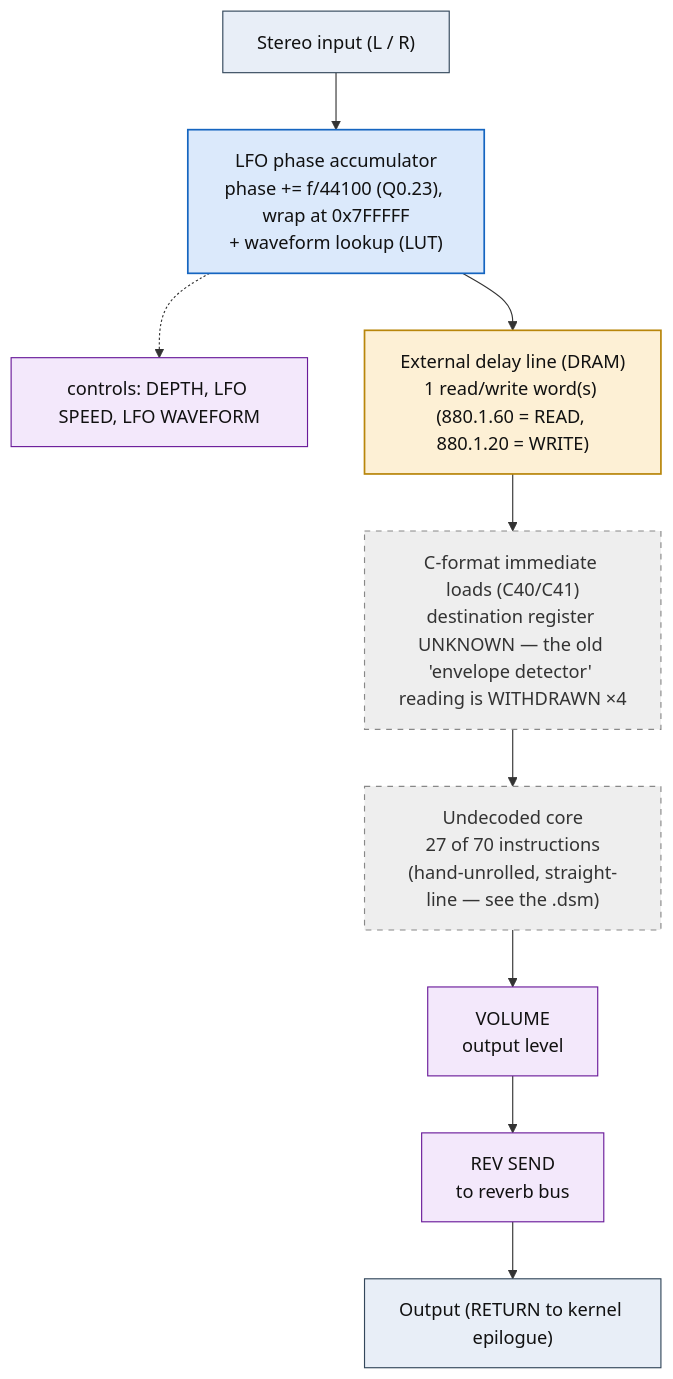
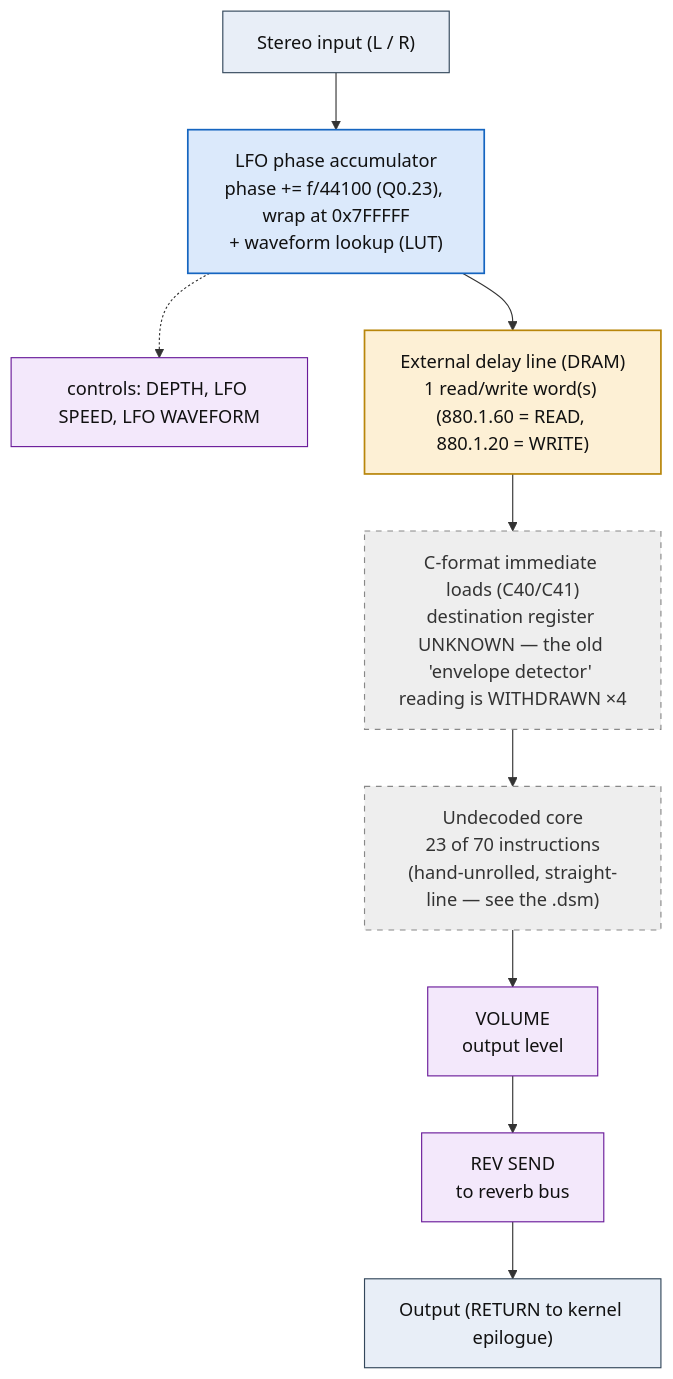
The diagram in dsp/flowcharts/prog01_chorus.md (ArqueologiaDigital/kn5000-roms-disasm), drawn with Mermaid before and after one commit. The commit also changed other lines of this file and 63 other files, not shown here.

````diff
--- a/dsp/flowcharts/prog01_chorus.md
+++ b/dsp/flowcharts/prog01_chorus.md
@@ -12,32 +12,32 @@
 ```mermaid
 flowchart TD
     N0["Stereo input (L / R)"]
     N1["LFO phase accumulator<br/>phase += f/44100 (Q0.23), wrap at 0x7FFFFF<br/>+ waveform lookup (LUT)"]
     N0 --> N1
     N2["controls: DEPTH, LFO SPEED, LFO WAVEFORM"]
     N1 -.-> N2
     N3["External delay line (DRAM)<br/>1 read/write word(s) (880.1.60 = READ, 880.1.20 = WRITE)"]
     N1 --> N3
     N4["C-format immediate loads (C40/C41)<br/>destination register UNKNOWN &mdash; the old 'envelope detector' reading is WITHDRAWN &times;4"]
     N3 --> N4
-    N5["Undecoded core<br/>27 of 70 instructions<br/>(hand-unrolled, straight-line &mdash; see the .dsm)"]
+    N5["Undecoded core<br/>23 of 70 instructions<br/>(hand-unrolled, straight-line &mdash; see the .dsm)"]
     N4 --> N5
     N6["VOLUME<br/>output level"]
     N5 --> N6
     N7["REV SEND<br/>to reverb bus"]
     N6 --> N7
     N8["Output (RETURN to kernel epilogue)"]
     N7 --> N8
 
     classDef io fill:#e8eef7,stroke:#33475b,stroke-width:1px,color:#111;
     classDef proven fill:#d7f0d7,stroke:#2e7d32,stroke-width:2px,color:#111;
     classDef measured fill:#dbe9fb,stroke:#1565c0,stroke-width:1.5px,color:#111;
     classDef inferred fill:#fdf0d5,stroke:#b8860b,stroke-width:1.5px,color:#111;
     classDef open fill:#eeeeee,stroke:#888,stroke-width:1px,color:#333,stroke-dasharray:5 5;
     classDef ctrl fill:#f3e8fb,stroke:#6a1b9a,stroke-width:1px,color:#111;
     class N0,N8 io;
     class N1 measured;
     class N2,N6,N7 ctrl;
     class N3 inferred;
     class N4,N5 open;
 ```
````
